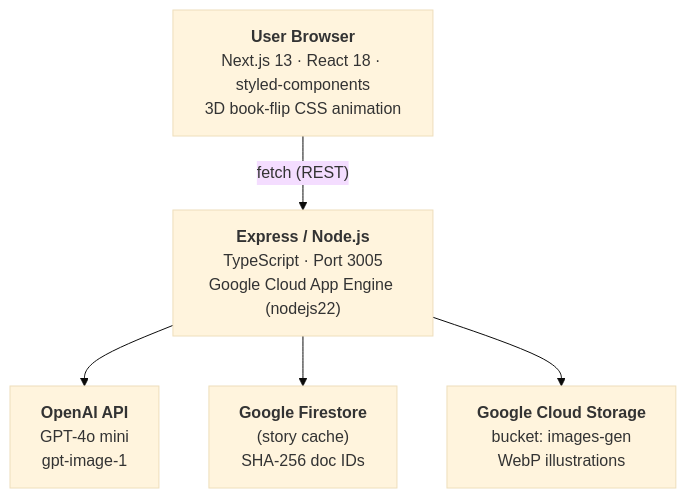
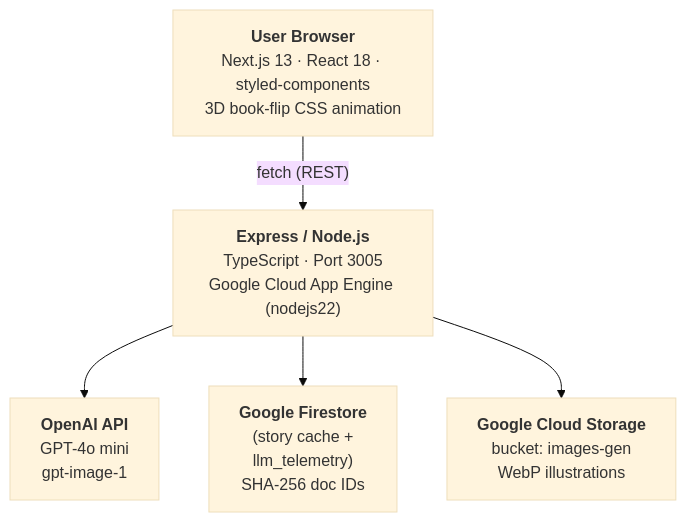
One commit to marcelorvergara/FabulaInfrantil changed the diagram in README.md. Above: the diagram before and after it, drawn with Mermaid (base theme). The commit also changed other lines of this file and 12 other files, not shown here.

Commit message:
feat: Implement LLM telemetry logging and internal metrics endpoint

````diff
--- a/README.md
+++ b/README.md
@@ -25,13 +25,13 @@
 ```mermaid
 graph TD
     A["<b>User Browser</b><br/>Next.js 13 · React 18 · styled-components<br/>3D book-flip CSS animation"]
     B["<b>Express / Node.js</b><br/>TypeScript · Port 3005<br/>Google Cloud App Engine (nodejs22)"]
     C["<b>OpenAI API</b><br/>GPT-4o mini<br/>gpt-image-1"]
-    D["<b>Google Firestore</b><br/>(story cache)<br/>SHA-256 doc IDs"]
+    D["<b>Google Firestore</b><br/>(story cache +<br/>llm_telemetry)<br/>SHA-256 doc IDs"]
     E["<b>Google Cloud Storage</b><br/>bucket: images-gen<br/>WebP illustrations"]
 
     A -- "fetch (REST)" --> B
     B --> C
     B --> D
     B --> E
 ```
````
